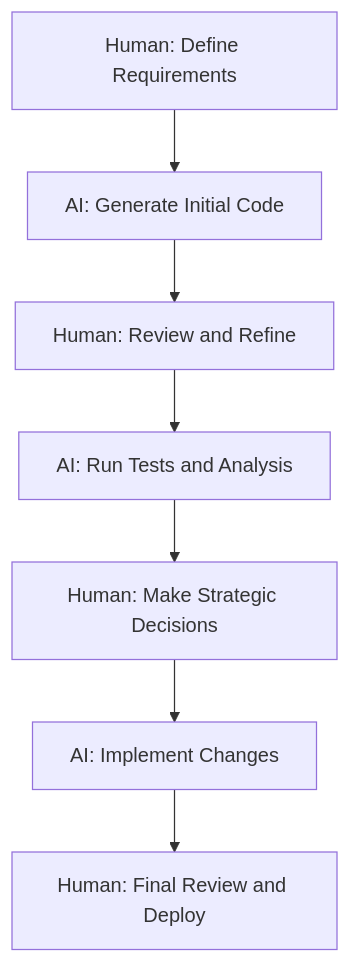
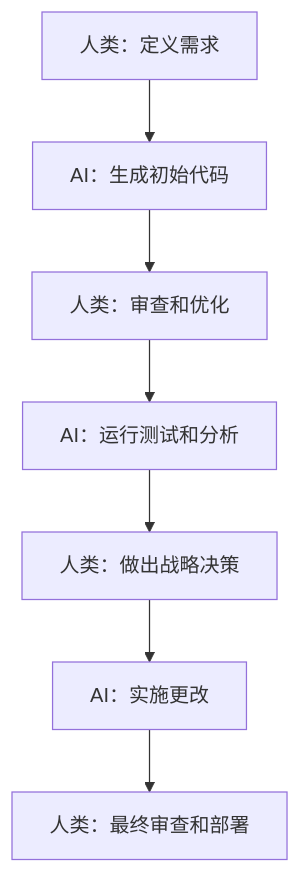
Before and after one commit to a-sdm/asdm-official-website: the diagram in public/blogs/zh-cn/content/20241228/human-ai-collaboration.md, drawn with Mermaid. The commit also changed other lines of this file and 8 other files, not shown here.

````diff
--- a/public/blogs/zh-cn/content/20241228/human-ai-collaboration.md
+++ b/public/blogs/zh-cn/content/20241228/human-ai-collaboration.md
@@ -73,9 +73,9 @@
 ```mermaid
 graph TD
-    A[Human: Define Requirements] --> B[AI: Generate Initial Code]
-    B --> C[Human: Review and Refine]
-    C --> D[AI: Run Tests and Analysis]
-    D --> E[Human: Make Strategic Decisions]
-    E --> F[AI: Implement Changes]
-    F --> G[Human: Final Review and Deploy]
+    A[人类：定义需求] --> B[AI：生成初始代码]
+    B --> C[人类：审查和优化]
+    C --> D[AI：运行测试和分析]
+    D --> E[人类：做出战略决策]
+    E --> F[AI：实施更改]
+    F --> G[人类：最终审查和部署]
 ```
````
